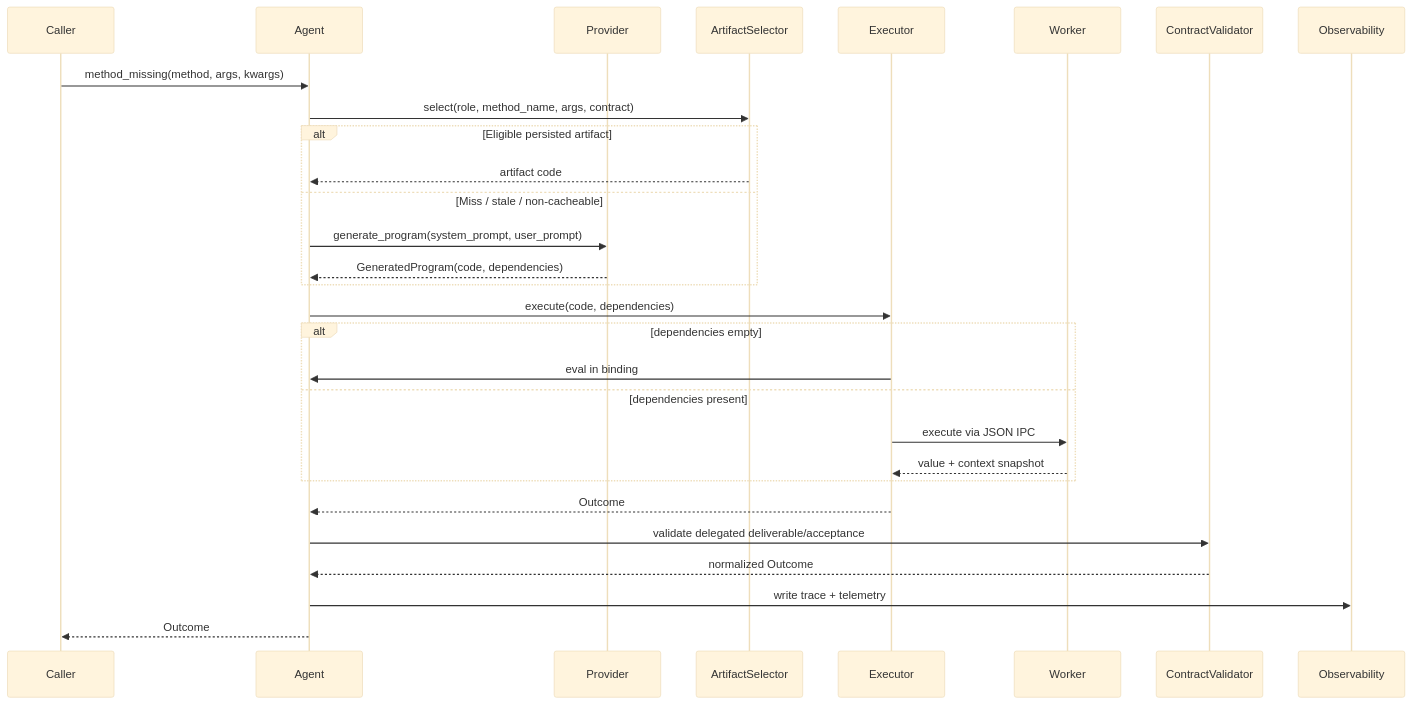
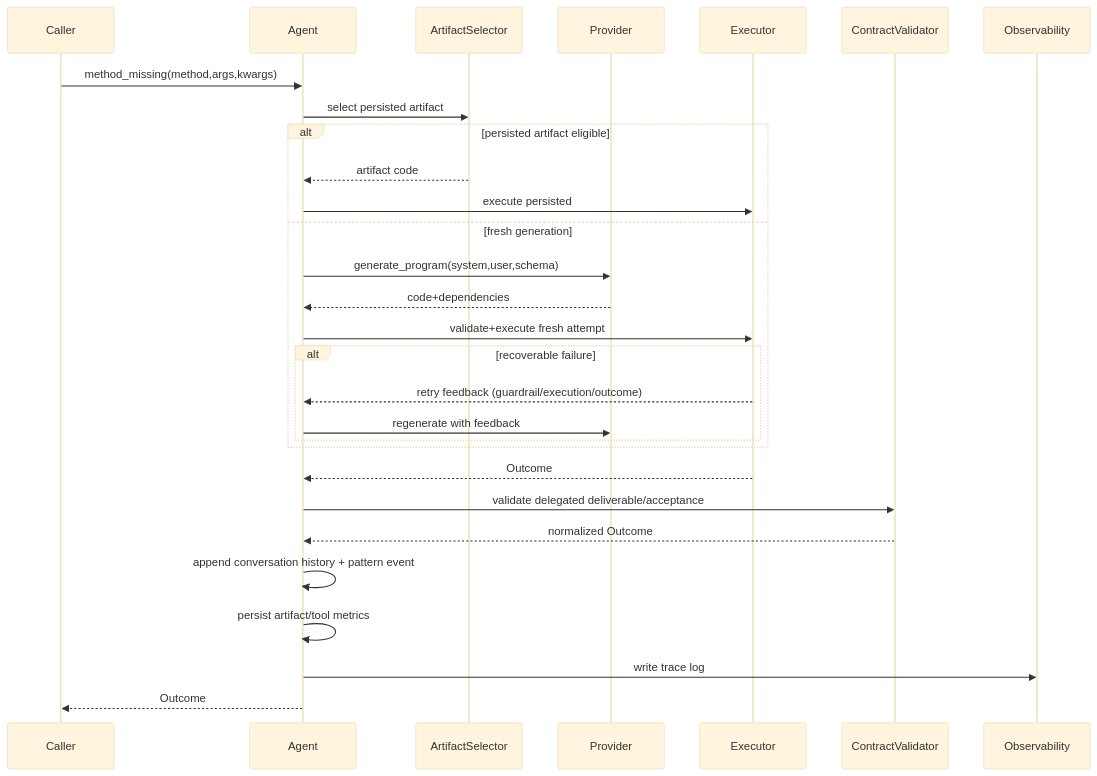
The second of 3 diagrams in docs/architecture.md (kulesh/recurgent), drawn with Mermaid (base theme) before and after one commit. The commit also changed other lines of this file and 17 other files, not shown here.

Commit message:
docs: reorganize plans and refresh architecture + README

````diff
--- a/docs/architecture.md
+++ b/docs/architecture.md
@@ -47,34 +74,32 @@
 ```mermaid
 sequenceDiagram
   participant C as Caller
   participant A as Agent
+  participant S as ArtifactSelector
   participant P as Provider
-  participant S as ArtifactSelector
   participant X as Executor
-  participant W as Worker
   participant V as ContractValidator
   participant O as Observability
 
-  C->>A: method_missing(method, args, kwargs)
-  A->>S: select(role, method_name, args, contract)
-  alt Eligible persisted artifact
+  C->>A: method_missing(method,args,kwargs)
+  A->>S: select persisted artifact
+  alt persisted artifact eligible
     S-->>A: artifact code
-  else Miss / stale / non-cacheable
-    A->>P: generate_program(system_prompt, user_prompt)
-    P-->>A: GeneratedProgram(code, dependencies)
+    A->>X: execute persisted
+  else fresh generation
+    A->>P: generate_program(system,user,schema)
+    P-->>A: code+dependencies
+    A->>X: validate+execute fresh attempt
+    alt recoverable failure
+      X-->>A: retry feedback (guardrail/execution/outcome)
+      A->>P: regenerate with feedback
+    end
   end
-
-  A->>X: execute(code, dependencies)
-  alt dependencies empty
-    X->>A: eval in binding
-  else dependencies present
-    X->>W: execute via JSON IPC
-    W-->>X: value + context snapshot
-  end
-
   X-->>A: Outcome
   A->>V: validate delegated deliverable/acceptance
   V-->>A: normalized Outcome
-  A->>O: write trace + telemetry
+  A->>A: append conversation history + pattern event
+  A->>A: persist artifact/tool metrics
+  A->>O: write trace log
   A-->>C: Outcome
 ```
````
